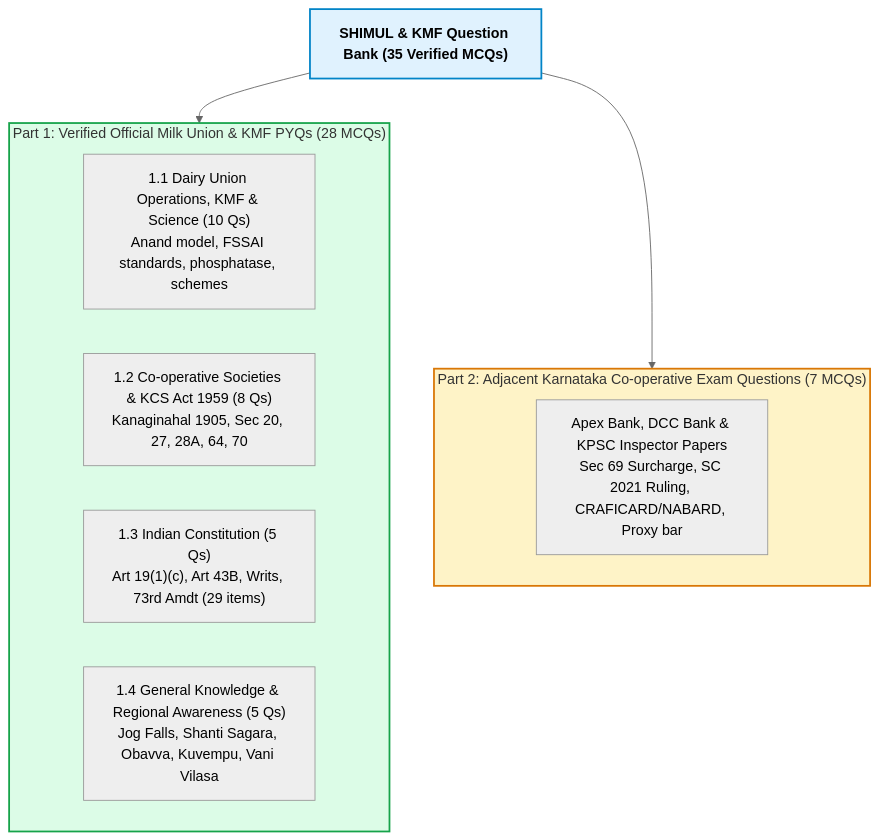
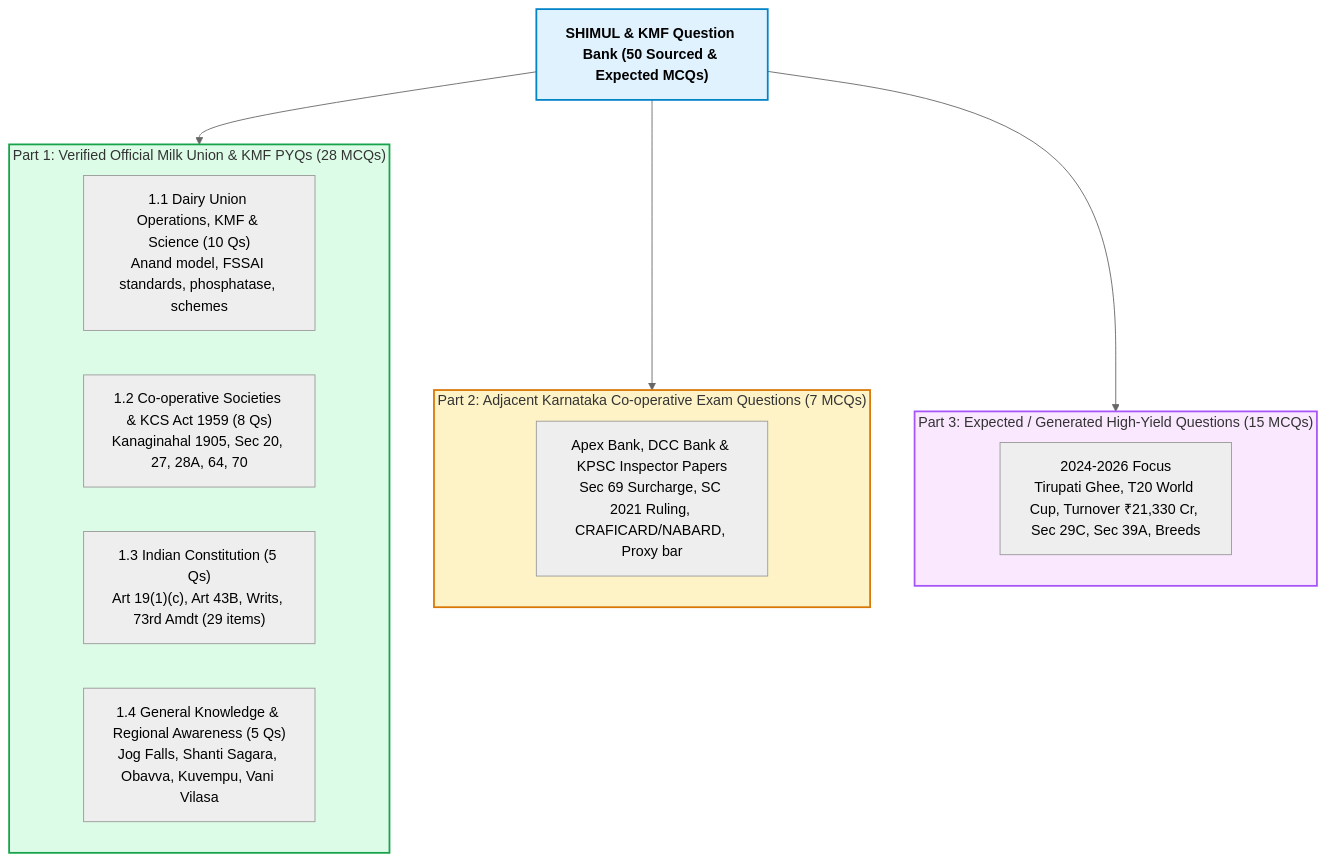
One commit to Sinister-Doc/Study_Vault changed the diagram in Shimul/pyq-bank.md. Above: the diagram before and after it, drawn with Mermaid (neutral theme). The commit also changed other lines of this file and 15 other files, not shown here.

````diff
--- a/Shimul/pyq-bank.md
+++ b/Shimul/pyq-bank.md
@@ -8,22 +8,28 @@
 ```mermaid
 flowchart TD
-    Bank["<b>SHIMUL & KMF Question Bank (35 Verified MCQs)</b>"]
+    Bank["<b>SHIMUL & KMF Question Bank (50 Sourced & Expected MCQs)</b>"]
     
     subgraph Part1["Part 1: Verified Official Milk Union & KMF PYQs (28 MCQs)"]
         P1["1.1 Dairy Union Operations, KMF & Science (10 Qs)<br/>Anand model, FSSAI standards, phosphatase, schemes"]
         P2["1.2 Co-operative Societies & KCS Act 1959 (8 Qs)<br/>Kanaginahal 1905, Sec 20, 27, 28A, 64, 70"]
         P3["1.3 Indian Constitution (5 Qs)<br/>Art 19(1)(c), Art 43B, Writs, 73rd Amdt (29 items)"]
         P4["1.4 General Knowledge & Regional Awareness (5 Qs)<br/>Jog Falls, Shanti Sagara, Obavva, Kuvempu, Vani Vilasa"]
     end
 
     subgraph Part2["Part 2: Adjacent Karnataka Co-operative Exam Questions (7 MCQs)"]
         P5["Apex Bank, DCC Bank & KPSC Inspector Papers<br/>Sec 69 Surcharge, SC 2021 Ruling, CRAFICARD/NABARD, Proxy bar"]
     end
 
+    subgraph Part3["Part 3: Expected / Generated High-Yield Questions (15 MCQs)"]
+        P6["2024-2026 Focus<br/>Tirupati Ghee, T20 World Cup, Turnover ₹21,330 Cr, Sec 29C, Sec 39A, Breeds"]
+    end
+
     Bank --> Part1
     Bank --> Part2
+    Bank --> Part3
 
     style Bank fill:#e0f2fe,stroke:#0284c7,stroke-width:2px
     style Part1 fill:#dcfce7,stroke:#16a34a,stroke-width:2px
     style Part2 fill:#fef3c7,stroke:#d97706,stroke-width:2px
+    style Part3 fill:#fae8ff,stroke:#a855f7,stroke-width:2px
 ```
````
